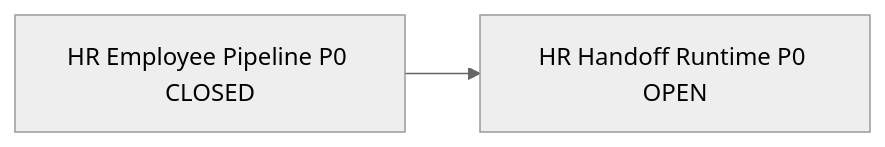
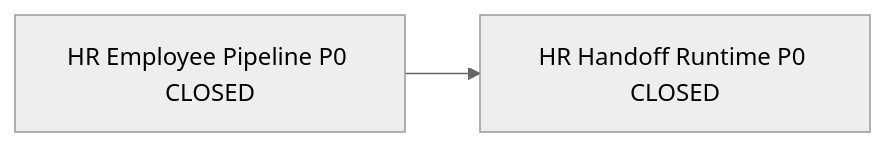
Before and after one commit to igortatarynovich/HostFlow: the second of 2 diagrams in docs/specs/architecture/hr-handoff-runtime-p0.md, drawn with Mermaid (neutral theme). The commit also changed other lines of this file and 6 other files, not shown here.

````diff
--- a/docs/specs/architecture/hr-handoff-runtime-p0.md
+++ b/docs/specs/architecture/hr-handoff-runtime-p0.md
@@ -209,6 +209,6 @@
 ```mermaid
 flowchart LR
   HR_P[HR Employee Pipeline P0 CLOSED]
-  HO[HR Handoff Runtime P0 OPEN]
+  HO[HR Handoff Runtime P0 CLOSED]
   HR_P --> HO
 ```
````
